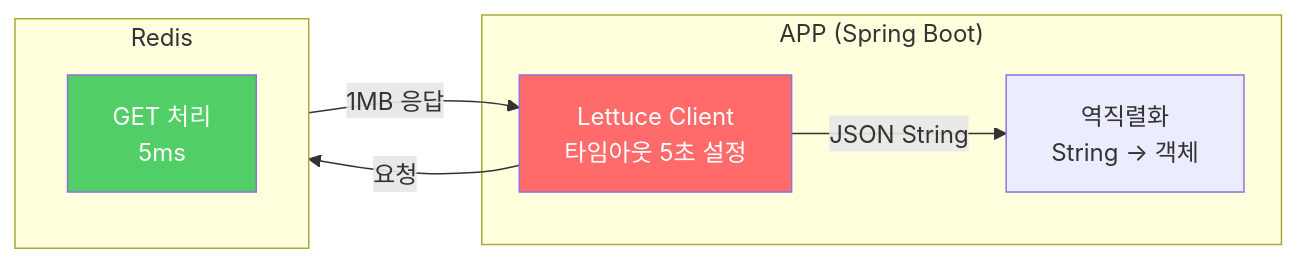
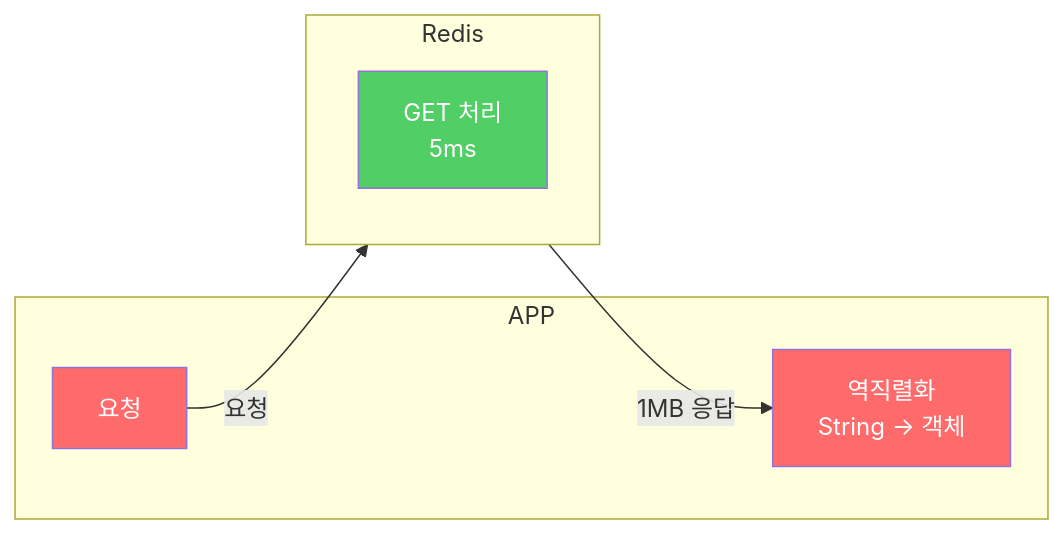
The second of 2 diagrams in content/backend/redis-adoption-experience.md (kimduksoo/duksoo-tech-blog), drawn with Mermaid before and after one commit. The commit also changed other lines of this file, not shown here.

Commit message:
Redis 글 Lettuce 타임아웃 추측 제거, APP 타임아웃으로 수정

````diff
--- a/content/backend/redis-adoption-experience.md
+++ b/content/backend/redis-adoption-experience.md
@@ -60,18 +53,18 @@
 ```mermaid
 flowchart LR
-    subgraph APP["APP (Spring Boot)"]
-        Lettuce[Lettuce Client<br/>타임아웃 5초 설정]
+    subgraph APP["APP"]
+        Request[요청]
         Deser[역직렬화<br/>String → 객체]
     end
 
     subgraph Redis["Redis"]
         Process[GET 처리<br/>5ms]
     end
 
-    Lettuce -->|요청| Redis
-    Redis -->|1MB 응답| Lettuce
-    Lettuce -->|JSON String| Deser
+    Request -->|요청| Redis
+    Redis -->|1MB 응답| Deser
 
-    style Lettuce fill:#ff6b6b,color:#fff
+    style Request fill:#ff6b6b,color:#fff
+    style Deser fill:#ff6b6b,color:#fff
     style Process fill:#51cf66,color:#fff
 ```
````
